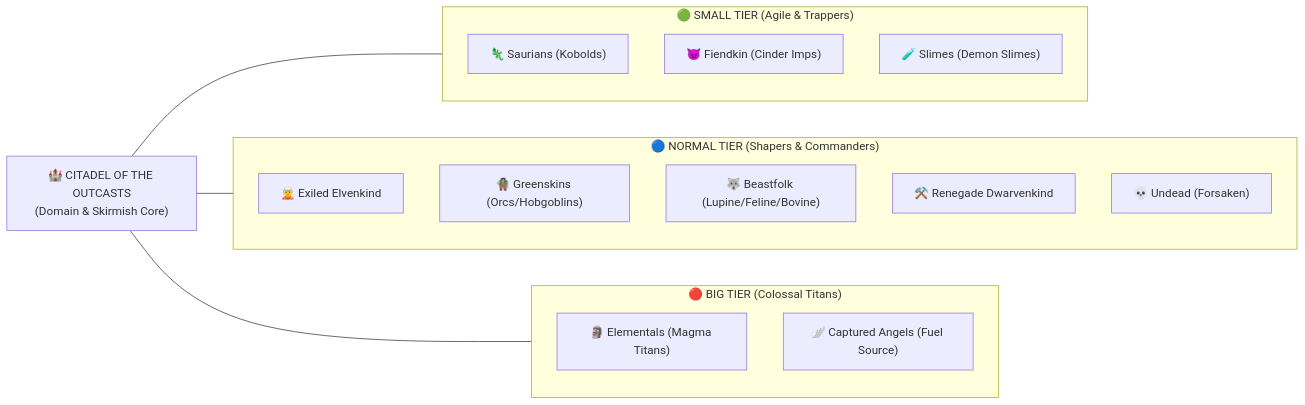
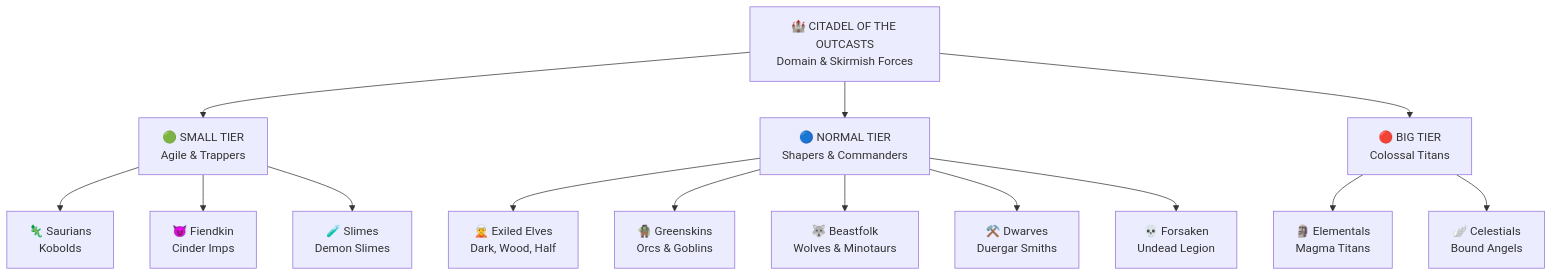
One commit to NealversePrime/ElementalHexTactics3D changed the third of 5 diagrams in wiki/07-Broad-Races-and-Factions.md. Above: the diagram before and after it, drawn with Mermaid. The commit also changed other lines of this file and 2 other files, not shown here.

Commit message:
fix(wiki): optimize Mermaid diagram layouts to prevent text clipping on GitHub

````diff
--- a/wiki/07-Broad-Races-and-Factions.md
+++ b/wiki/07-Broad-Races-and-Factions.md
@@ -86,27 +91,21 @@
 ```mermaid
-flowchart LR
-    Citadel["🏰 CITADEL OF THE OUTCASTS\n(Domain & Skirmish Core)"]
-    
-    subgraph SmallPillars["🟢 SMALL TIER (Agile & Trappers)"]
-        P4["🦎 Saurians (Kobolds)"]
-        P6["😈 Fiendkin (Cinder Imps)"]
-        P8["🧪 Slimes (Demon Slimes)"]
-    end
-    
-    subgraph NormalPillars["🔵 NORMAL TIER (Shapers & Commanders)"]
-        P1["🧝 Exiled Elvenkind"]
-        P2["🧌 Greenskins (Orcs/Hobgoblins)"]
-        P3["🐺 Beastfolk (Lupine/Feline/Bovine)"]
-        P5["⚒️ Renegade Dwarvenkind"]
-        P7["💀 Undead (Forsaken)"]
-    end
-    
-    subgraph BigPillars["🔴 BIG TIER (Colossal Titans)"]
-        P9["🗿 Elementals (Magma Titans)"]
-        P10["🪽 Captured Angels (Fuel Source)"]
-    end
+flowchart TD
+    Citadel["🏰 CITADEL OF THE OUTCASTS<br/>Domain & Skirmish Forces"]
 
-    Citadel --- SmallPillars
-    Citadel --- NormalPillars
-    Citadel --- BigPillars
+    Citadel --> Small["🟢 SMALL TIER<br/>Agile & Trappers"]
+    Citadel --> Normal["🔵 NORMAL TIER<br/>Shapers & Commanders"]
+    Citadel --> Big["🔴 BIG TIER<br/>Colossal Titans"]
+
+    Small --> P4["🦎 Saurians<br/>Kobolds"]
+    Small --> P6["😈 Fiendkin<br/>Cinder Imps"]
+    Small --> P8["🧪 Slimes<br/>Demon Slimes"]
+
+    Normal --> P1["🧝 Exiled Elves<br/>Dark, Wood, Half"]
+    Normal --> P2["🧌 Greenskins<br/>Orcs & Goblins"]
+    Normal --> P3["🐺 Beastfolk<br/>Wolves & Minotaurs"]
+    Normal --> P5["⚒️ Dwarves<br/>Duergar Smiths"]
+    Normal --> P7["💀 Forsaken<br/>Undead Legion"]
+
+    Big --> P9["🗿 Elementals<br/>Magma Titans"]
+    Big --> P10["🪽 Celestials<br/>Bound Angels"]
 ```
````
